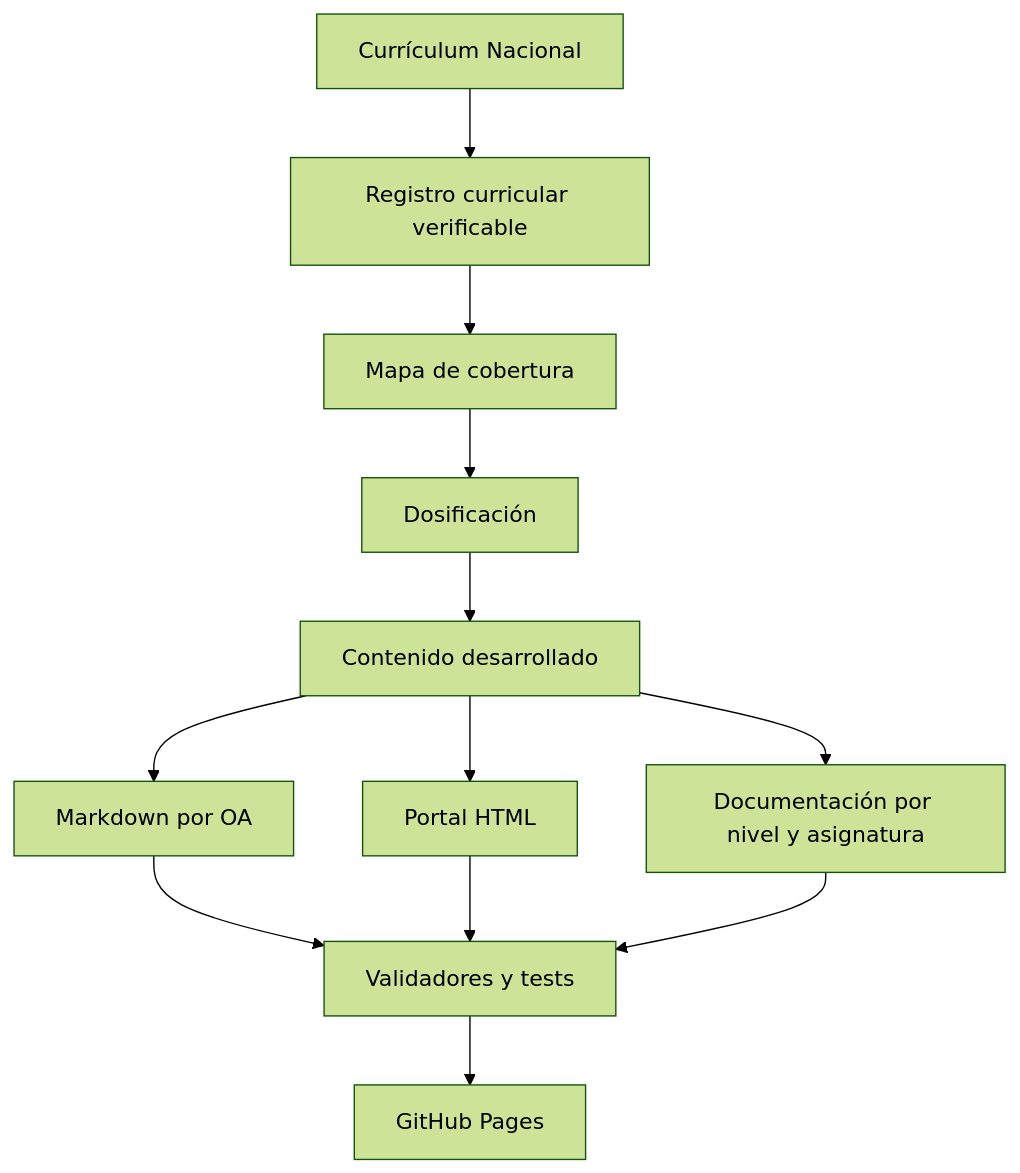
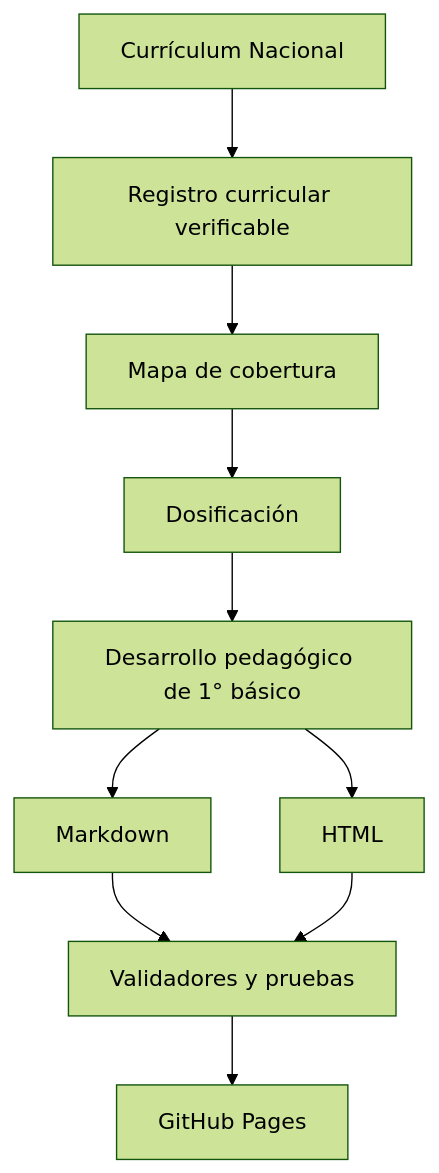
Before and after one commit to vladimiracunadev-create/chilean-school-learning-path: the second of 2 diagrams in README.md, drawn with Mermaid (forest theme). The commit also changed other lines of this file, not shown here.

````diff
--- a/README.md
+++ b/README.md
@@ -307,14 +268,12 @@
 ```mermaid
 flowchart TD
     A[Currículum Nacional] --> B[Registro curricular verificable]
     B --> C[Mapa de cobertura]
     C --> D[Dosificación]
-    D --> E[Contenido desarrollado]
-    E --> F[Markdown por OA]
-    E --> G[Portal HTML]
-    E --> H[Documentación por nivel y asignatura]
-    F --> I[Validadores y tests]
-    G --> I
-    H --> I
-    I --> J[GitHub Pages]
+    D --> E[Desarrollo pedagógico de 1° básico]
+    E --> F[Markdown]
+    E --> G[HTML]
+    F --> H[Validadores y pruebas]
+    G --> H
+    H --> I[GitHub Pages]
 ```
````
